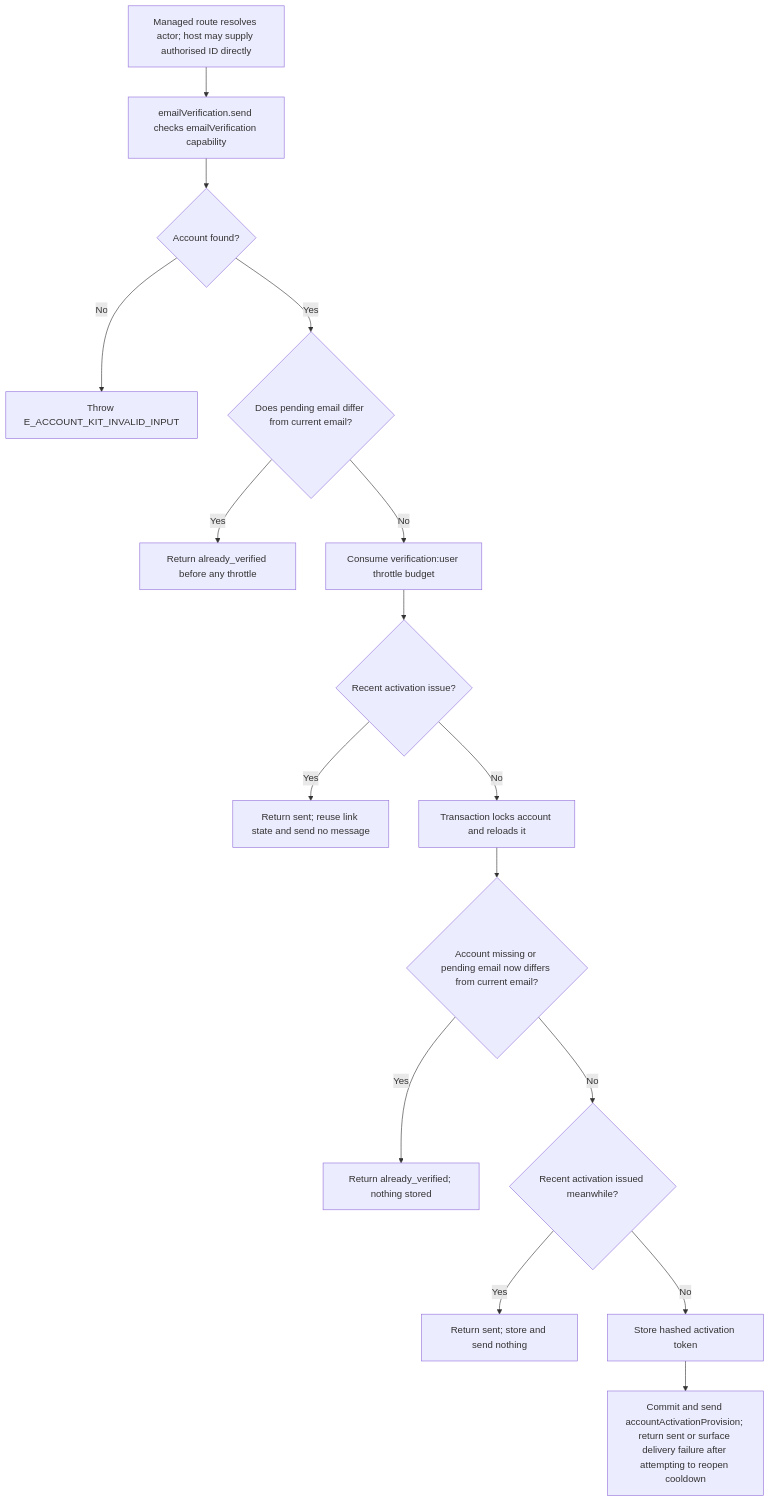
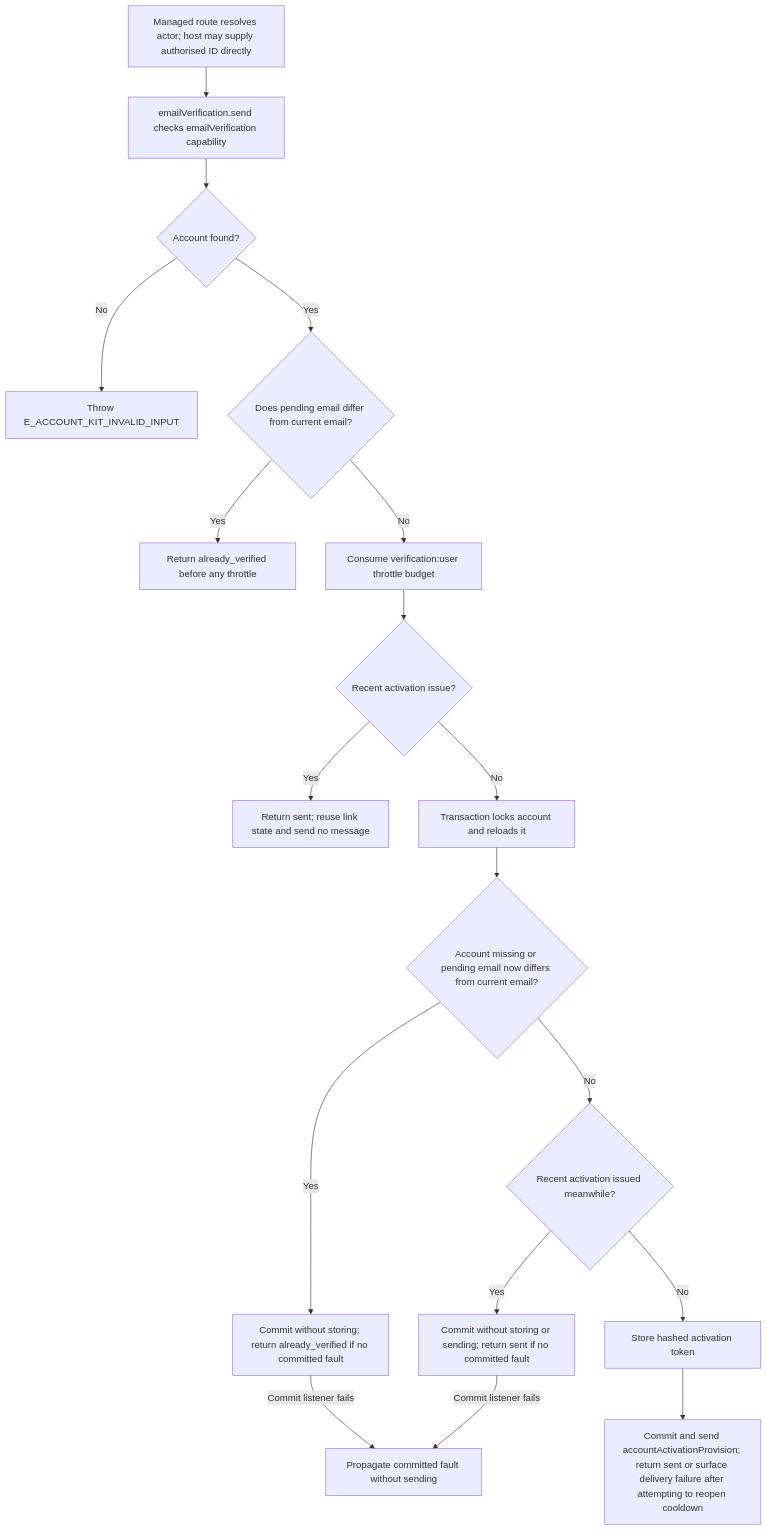
One commit to Kevinjohn/oss-adonisjs-account-kit changed the second of 2 diagrams in user-stories/US-ACCOUNT-37-resend-verification.md. Above: the diagram before and after it, drawn with Mermaid. The commit also changed 42 other files, not shown here.

````diff
--- a/user-stories/US-ACCOUNT-37-resend-verification.md
+++ b/user-stories/US-ACCOUNT-37-resend-verification.md
@@ -33,18 +33,20 @@
 ```mermaid
 flowchart TD
  M["Managed route resolves actor; host may supply authorised ID directly"] --> A["emailVerification.send checks emailVerification capability"]
  A --> B{"Account found?"}
  B -->|No| X["Throw E_ACCOUNT_KIT_INVALID_INPUT"]
  B -->|Yes| C{"Does pending email differ from current email?"}
  C -->|Yes| D["Return already_verified before any throttle"]
  C -->|No| T["Consume verification:user throttle budget"]
  T --> R{"Recent activation issue?"}
  R -->|Yes| E["Return sent; reuse link state and send no message"]
  R -->|No| F["Transaction locks account and reloads it"]
  F --> F1{"Account missing or pending email now differs from current email?"}
- F1 -->|Yes| D2["Return already_verified; nothing stored"]
+ F1 -->|Yes| D2["Commit without storing; return already_verified if no committed fault"]
  F1 -->|No| F2{"Recent activation issued meanwhile?"}
- F2 -->|Yes| E2["Return sent; store and send nothing"]
+ F2 -->|Yes| E2["Commit without storing or sending; return sent if no committed fault"]
  F2 -->|No| F3["Store hashed activation token"]
  F3 --> G["Commit and send accountActivationProvision; return sent or surface delivery failure after attempting to reopen cooldown"]
+ D2 -->|Commit listener fails| X2["Propagate committed fault without sending"]
+ E2 -->|Commit listener fails| X2
 ```
````
